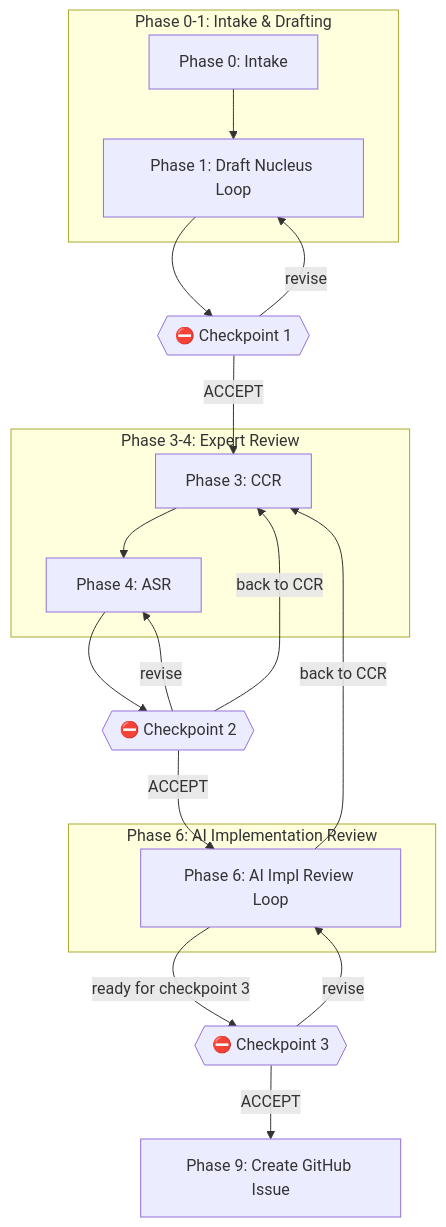
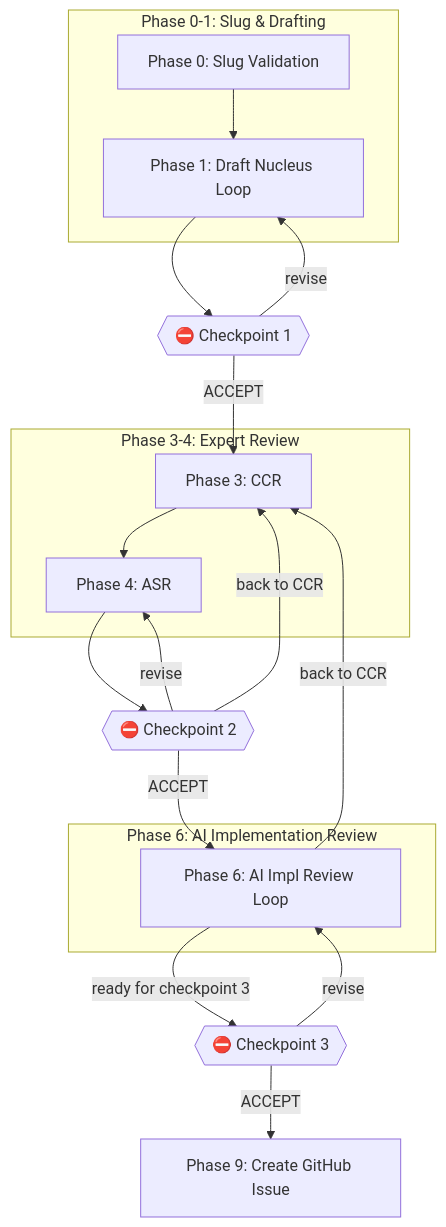
Before and after one commit to jayers99/praxis-workshop: the diagram in runbooks/issue-refinement-runbook.md, drawn with Mermaid. The commit also changed other lines of this file, not shown here.

````diff
--- a/runbooks/issue-refinement-runbook.md
+++ b/runbooks/issue-refinement-runbook.md
@@ -20,29 +21,29 @@
 ```mermaid
 flowchart TD
-    subgraph Phase0_1["Phase 0-1: Intake & Drafting"]
-        A[Phase 0: Intake] --> B[Phase 1: Draft Nucleus Loop]
+    subgraph Phase0_1["Phase 0-1: Slug & Drafting"]
+        A[Phase 0: Slug Validation] --> B[Phase 1: Draft Nucleus Loop]
     end
 
     B --> C{{"⛔ Checkpoint 1"}}
     C -->|revise| B
     C -->|ACCEPT| D
 
     subgraph Phase3_4["Phase 3-4: Expert Review"]
         D[Phase 3: CCR] --> E[Phase 4: ASR]
     end
 
     E --> G{{"⛔ Checkpoint 2"}}
     G -->|revise| E
     G -->|"back to CCR"| D
     G -->|ACCEPT| H
 
     subgraph Phase6["Phase 6: AI Implementation Review"]
         H[Phase 6: AI Impl Review Loop]
     end
 
     H -->|"back to CCR"| D
     H -->|"ready for checkpoint 3"| I
 
     I{{"⛔ Checkpoint 3"}} -->|revise| H
     I -->|ACCEPT| J[Phase 9: Create GitHub Issue]
 ```
````
